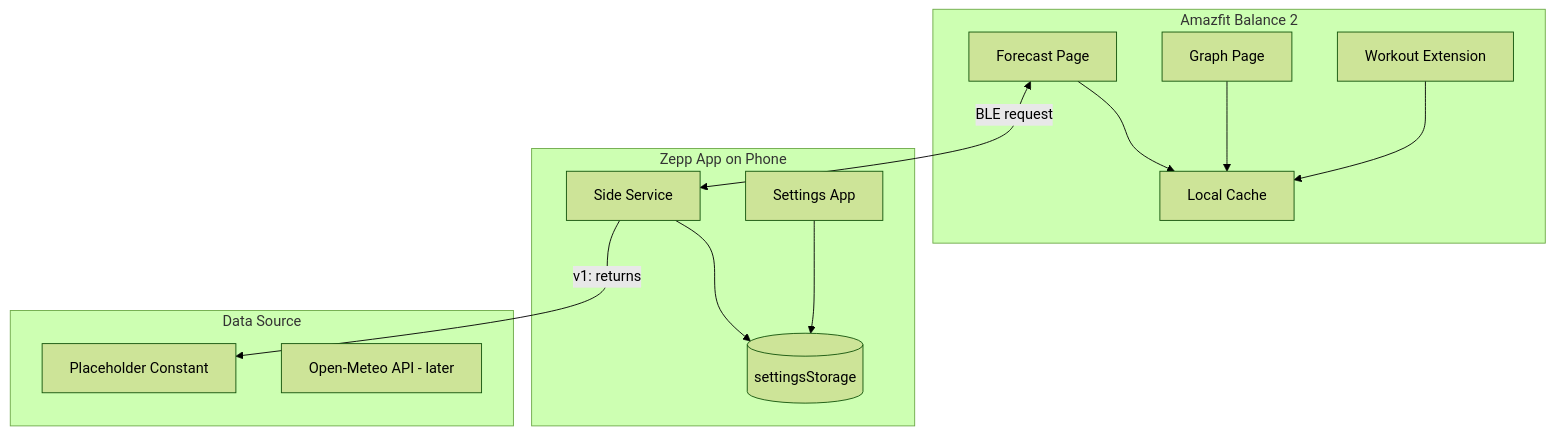
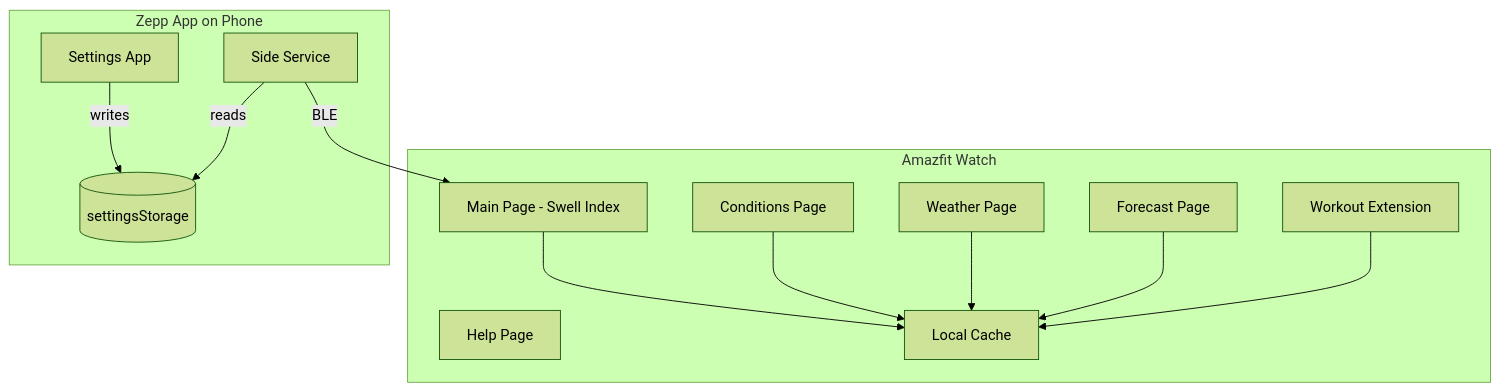
One commit to yoadwo/Swell changed the diagram in PLAN.md. Above: the diagram before and after it, drawn with Mermaid (forest theme). The commit also changed other lines of this file and 1 other file, not shown here.

````diff
--- a/PLAN.md
+++ b/PLAN.md
@@ -16,28 +16,27 @@
 ```mermaid
 flowchart TB
-    subgraph Watch["Amazfit Balance 2"]
+    subgraph Watch["Amazfit Watch"]
+        MainPage[Main Page - Swell Index]
+        ConditionsPage[Conditions Page]
+        WeatherPage[Weather Page]
         ForecastPage[Forecast Page]
-        GraphPage[Graph Page]
+        HelpPage[Help Page]
         WorkoutExt[Workout Extension]
         Cache[Local Cache]
-        ForecastPage --> Cache
-        GraphPage --> Cache
-        WorkoutExt --> Cache
     end
-    
+
     subgraph Phone["Zepp App on Phone"]
         SideService[Side Service]
         SettingsApp[Settings App]
         SettingsStorage[(settingsStorage)]
-        SideService --> SettingsStorage
-        SettingsApp --> SettingsStorage
     end
-    
-    subgraph DataSource["Data Source"]
-        Placeholder[Placeholder Constant]
-        OpenMeteo[Open-Meteo API - later]
-    end
-    
-    ForecastPage <-->|BLE request| SideService
-    SideService -->|v1: returns| Placeholder
+
+    SettingsApp -->|writes| SettingsStorage
+    SideService -->|reads| SettingsStorage
+    SideService -->|BLE| MainPage
+    MainPage --> Cache
+    ConditionsPage --> Cache
+    WeatherPage --> Cache
+    ForecastPage --> Cache
+    WorkoutExt --> Cache
 ```
````
